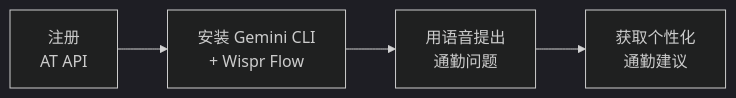
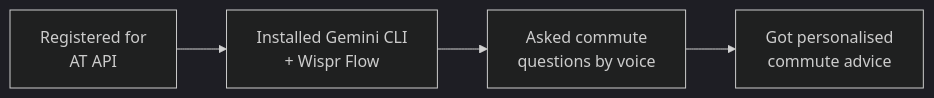
Before and after one commit to ChanMeng666/ai-programming-teaching-project: the diagram in versioned_docs/version-2026-her-waka/tutorial/auckland-commute/keep-going.mdx, drawn with Mermaid (dark theme). The commit also changed other lines of this file and 472 other files, not shown here.

````diff
--- a/versioned_docs/version-2026-her-waka/tutorial/auckland-commute/keep-going.mdx
+++ b/versioned_docs/version-2026-her-waka/tutorial/auckland-commute/keep-going.mdx
@@ -10,6 +10,6 @@
 ```mermaid
 flowchart LR
-    A["注册\nAT API"] --> B["安装 Gemini CLI\n+ Wispr Flow"]
-    B --> C["用语音提出\n通勤问题"]
-    C --> D["获取个性化\n通勤建议"]
+    A["Registered for\nAT API"] --> B["Installed Gemini CLI\n+ Wispr Flow"]
+    B --> C["Asked commute\nquestions by voice"]
+    C --> D["Got personalised\ncommute advice"]
 ```
````
